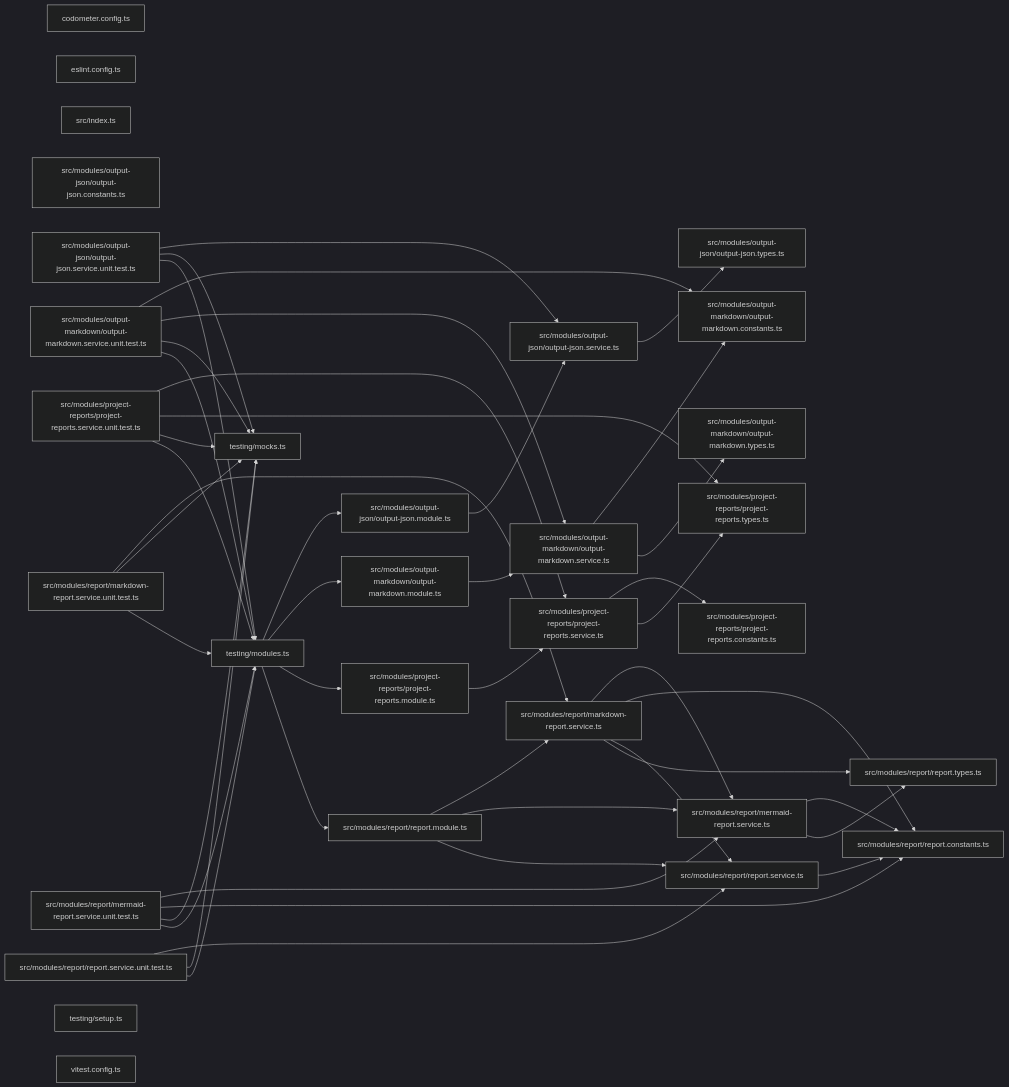
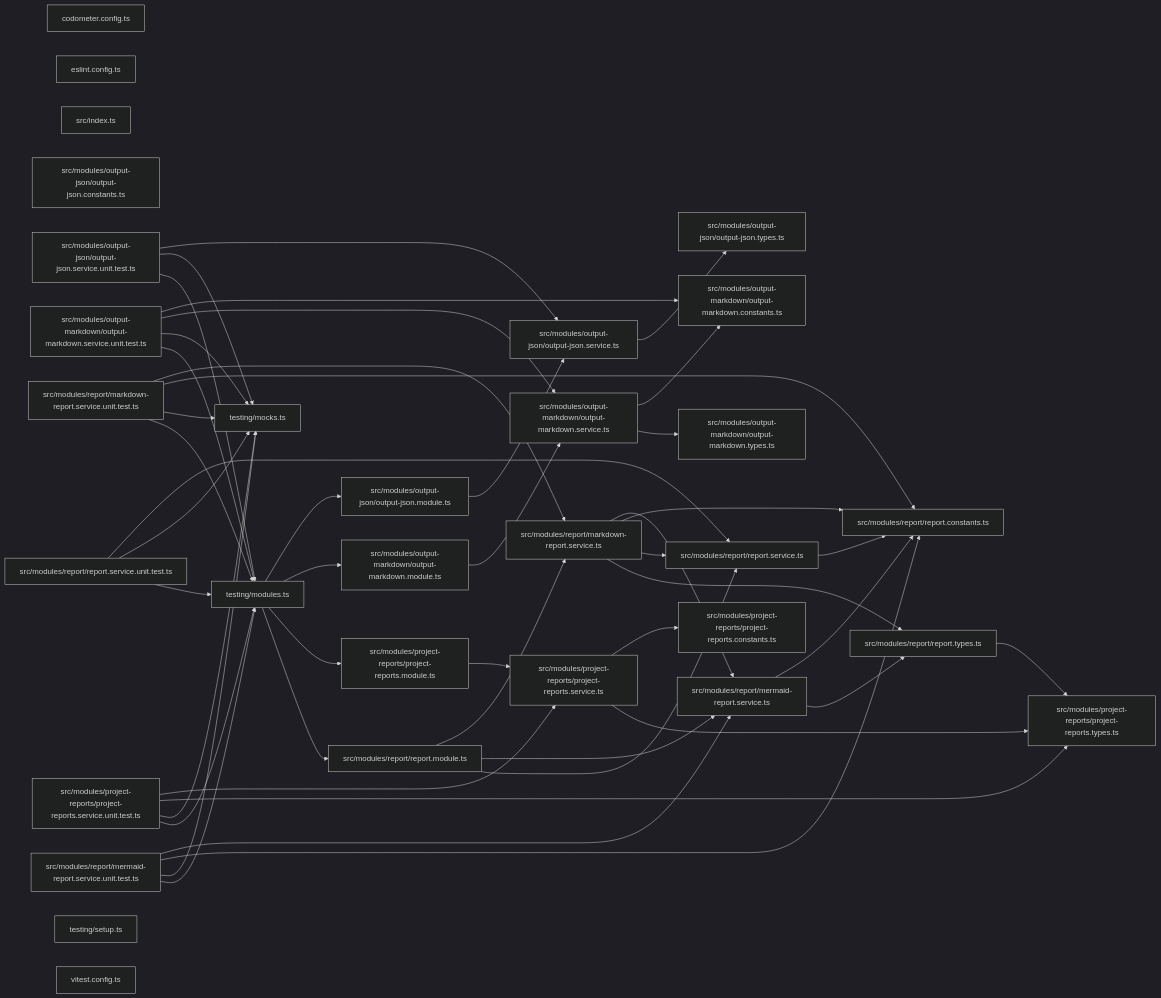
One commit to JimmyPaolini/codebase changed the third of 3 diagrams in packages/callidescope-output/README.md. Above: the diagram before and after it, drawn with Mermaid (dark theme). The commit also changed 9 other files, not shown here.

````diff
--- a/packages/callidescope-output/README.md
+++ b/packages/callidescope-output/README.md
@@ -194,77 +194,79 @@
 ```mermaid
 graph LR
   file_codometer_config_ts["codometer.config.ts"]
   file_eslint_config_ts["eslint.config.ts"]
   file_src_index_ts["src/index.ts"]
   file_src_modules_output_json_output_json_constants_ts["src/modules/output-json/output-json.constants.ts"]
   file_src_modules_output_json_output_json_module_ts["src/modules/output-json/output-json.module.ts"]
   file_src_modules_output_json_output_json_service_ts["src/modules/output-json/output-json.service.ts"]
   file_src_modules_output_json_output_json_service_unit_test_ts["src/modules/output-json/output-json.service.unit.test.ts"]
   file_src_modules_output_json_output_json_types_ts["src/modules/output-json/output-json.types.ts"]
   file_src_modules_output_markdown_output_markdown_constants_ts["src/modules/output-markdown/output-markdown.constants.ts"]
   file_src_modules_output_markdown_output_markdown_module_ts["src/modules/output-markdown/output-markdown.module.ts"]
   file_src_modules_output_markdown_output_markdown_service_ts["src/modules/output-markdown/output-markdown.service.ts"]
   file_src_modules_output_markdown_output_markdown_service_unit_test_ts["src/modules/output-markdown/output-markdown.service.unit.test.ts"]
   file_src_modules_output_markdown_output_markdown_types_ts["src/modules/output-markdown/output-markdown.types.ts"]
   file_src_modules_project_reports_project_reports_constants_ts["src/modules/project-reports/project-reports.constants.ts"]
   file_src_modules_project_reports_project_reports_module_ts["src/modules/project-reports/project-reports.module.ts"]
   file_src_modules_project_reports_project_reports_service_ts["src/modules/project-reports/project-reports.service.ts"]
   file_src_modules_project_reports_project_reports_service_unit_test_ts["src/modules/project-reports/project-reports.service.unit.test.ts"]
   file_src_modules_project_reports_project_reports_types_ts["src/modules/project-reports/project-reports.types.ts"]
   file_src_modules_report_markdown_report_service_ts["src/modules/report/markdown-report.service.ts"]
   file_src_modules_report_markdown_report_service_unit_test_ts["src/modules/report/markdown-report.service.unit.test.ts"]
   file_src_modules_report_mermaid_report_service_ts["src/modules/report/mermaid-report.service.ts"]
   file_src_modules_report_mermaid_report_service_unit_test_ts["src/modules/report/mermaid-report.service.unit.test.ts"]
   file_src_modules_report_report_constants_ts["src/modules/report/report.constants.ts"]
   file_src_modules_report_report_module_ts["src/modules/report/report.module.ts"]
   file_src_modules_report_report_service_ts["src/modules/report/report.service.ts"]
   file_src_modules_report_report_service_unit_test_ts["src/modules/report/report.service.unit.test.ts"]
   file_src_modules_report_report_types_ts["src/modules/report/report.types.ts"]
   file_testing_mocks_ts["testing/mocks.ts"]
   file_testing_modules_ts["testing/modules.ts"]
   file_testing_setup_ts["testing/setup.ts"]
   file_vitest_config_ts["vitest.config.ts"]
   file_src_modules_output_json_output_json_module_ts --> file_src_modules_output_json_output_json_service_ts
   file_src_modules_output_json_output_json_service_ts --> file_src_modules_output_json_output_json_types_ts
   file_src_modules_output_json_output_json_service_unit_test_ts --> file_src_modules_output_json_output_json_service_ts
   file_src_modules_output_json_output_json_service_unit_test_ts --> file_testing_mocks_ts
   file_src_modules_output_json_output_json_service_unit_test_ts --> file_testing_modules_ts
   file_src_modules_output_markdown_output_markdown_module_ts --> file_src_modules_output_markdown_output_markdown_service_ts
   file_src_modules_output_markdown_output_markdown_service_ts --> file_src_modules_output_markdown_output_markdown_constants_ts
   file_src_modules_output_markdown_output_markdown_service_ts --> file_src_modules_output_markdown_output_markdown_types_ts
   file_src_modules_output_markdown_output_markdown_service_unit_test_ts --> file_src_modules_output_markdown_output_markdown_constants_ts
   file_src_modules_output_markdown_output_markdown_service_unit_test_ts --> file_src_modules_output_markdown_output_markdown_service_ts
   file_src_modules_output_markdown_output_markdown_service_unit_test_ts --> file_testing_mocks_ts
   file_src_modules_output_markdown_output_markdown_service_unit_test_ts --> file_testing_modules_ts
   file_src_modules_project_reports_project_reports_module_ts --> file_src_modules_project_reports_project_reports_service_ts
   file_src_modules_project_reports_project_reports_service_ts --> file_src_modules_project_reports_project_reports_constants_ts
   file_src_modules_project_reports_project_reports_service_ts --> file_src_modules_project_reports_project_reports_types_ts
   file_src_modules_project_reports_project_reports_service_unit_test_ts --> file_src_modules_project_reports_project_reports_service_ts
   file_src_modules_project_reports_project_reports_service_unit_test_ts --> file_src_modules_project_reports_project_reports_types_ts
   file_src_modules_project_reports_project_reports_service_unit_test_ts --> file_testing_mocks_ts
   file_src_modules_project_reports_project_reports_service_unit_test_ts --> file_testing_modules_ts
   file_src_modules_report_markdown_report_service_ts --> file_src_modules_report_mermaid_report_service_ts
   file_src_modules_report_markdown_report_service_ts --> file_src_modules_report_report_constants_ts
   file_src_modules_report_markdown_report_service_ts --> file_src_modules_report_report_service_ts
   file_src_modules_report_markdown_report_service_ts --> file_src_modules_report_report_types_ts
   file_src_modules_report_markdown_report_service_unit_test_ts --> file_src_modules_report_markdown_report_service_ts
+  file_src_modules_report_markdown_report_service_unit_test_ts --> file_src_modules_report_report_constants_ts
   file_src_modules_report_markdown_report_service_unit_test_ts --> file_testing_mocks_ts
   file_src_modules_report_markdown_report_service_unit_test_ts --> file_testing_modules_ts
   file_src_modules_report_mermaid_report_service_ts --> file_src_modules_report_report_constants_ts
   file_src_modules_report_mermaid_report_service_ts --> file_src_modules_report_report_types_ts
   file_src_modules_report_mermaid_report_service_unit_test_ts --> file_src_modules_report_mermaid_report_service_ts
   file_src_modules_report_mermaid_report_service_unit_test_ts --> file_src_modules_report_report_constants_ts
   file_src_modules_report_mermaid_report_service_unit_test_ts --> file_testing_mocks_ts
   file_src_modules_report_mermaid_report_service_unit_test_ts --> file_testing_modules_ts
   file_src_modules_report_report_module_ts --> file_src_modules_report_markdown_report_service_ts
   file_src_modules_report_report_module_ts --> file_src_modules_report_mermaid_report_service_ts
   file_src_modules_report_report_module_ts --> file_src_modules_report_report_service_ts
   file_src_modules_report_report_service_ts --> file_src_modules_report_report_constants_ts
   file_src_modules_report_report_service_unit_test_ts --> file_src_modules_report_report_service_ts
   file_src_modules_report_report_service_unit_test_ts --> file_testing_mocks_ts
   file_src_modules_report_report_service_unit_test_ts --> file_testing_modules_ts
+  file_src_modules_report_report_types_ts --> file_src_modules_project_reports_project_reports_types_ts
   file_testing_modules_ts --> file_src_modules_output_json_output_json_module_ts
   file_testing_modules_ts --> file_src_modules_output_markdown_output_markdown_module_ts
   file_testing_modules_ts --> file_src_modules_project_reports_project_reports_module_ts
   file_testing_modules_ts --> file_src_modules_report_report_module_ts
 ```
````
